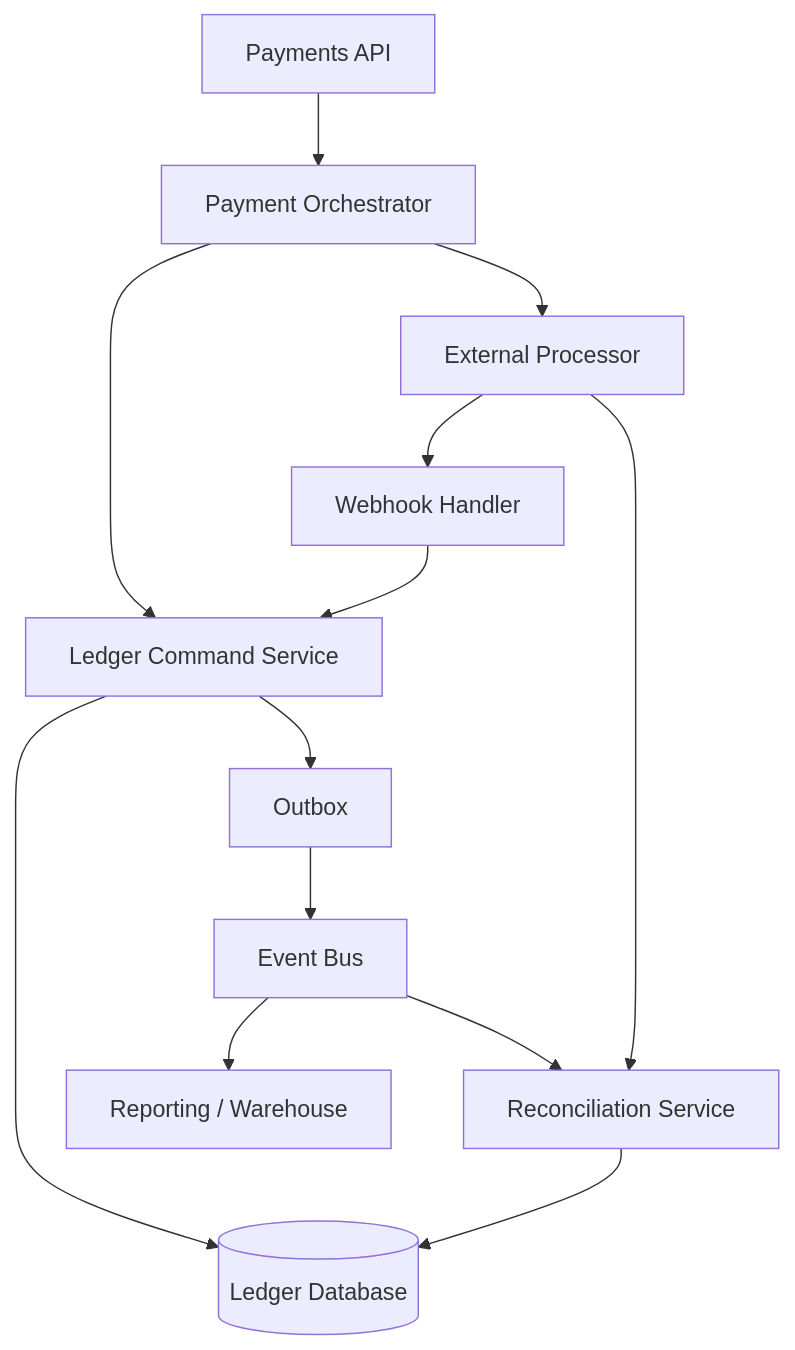
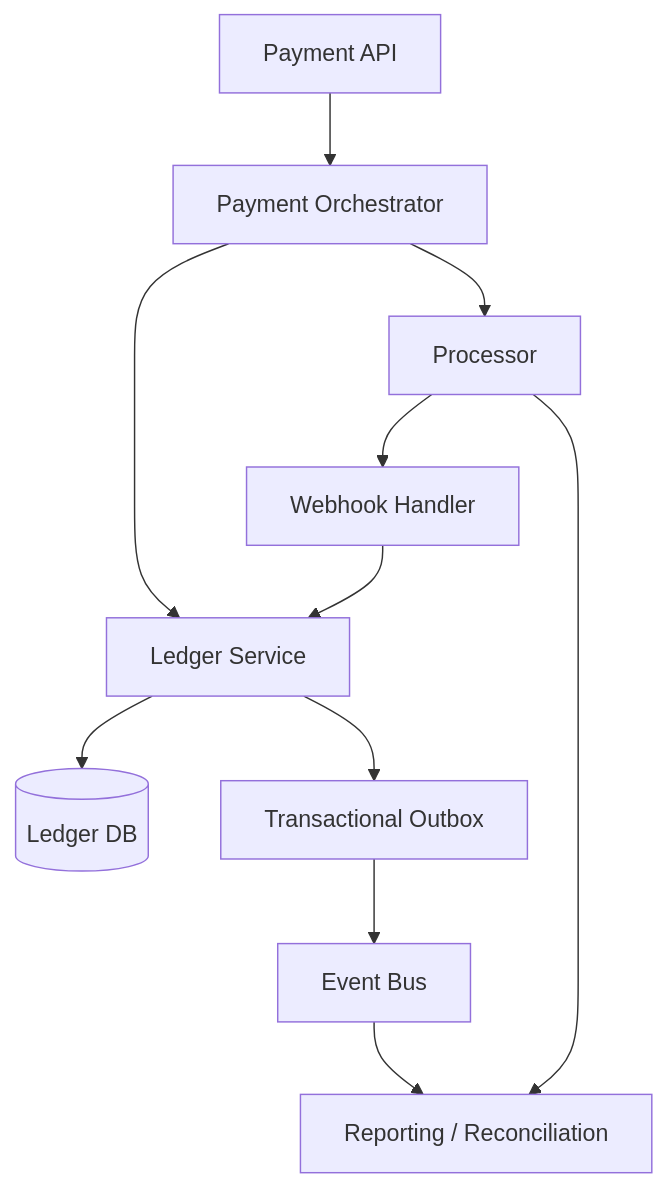
One commit to AvadhBhalodiya/Interview-Preparation changed the sixth of 6 diagrams in src/content/payments/double-entry-ledger.md. Above: the diagram before and after it, drawn with Mermaid. The commit also changed other lines of this file and 54 other files, not shown here.

````diff
--- a/src/content/payments/double-entry-ledger.md
+++ b/src/content/payments/double-entry-ledger.md
@@ -1171,26 +847,13 @@
 ```mermaid
 flowchart TB
-    API[Payments API]
-    PAY[Payment Orchestrator]
-    PROC[External Processor]
-    WH[Webhook Handler]
-    CMD[Ledger Command Service]
-    DB[(Ledger Database)]
-    OUT[Outbox]
-    BUS[Event Bus]
-    REC[Reconciliation Service]
-    REP[Reporting / Warehouse]
-
-    API --> PAY
-    PAY --> PROC
-    PROC --> WH
-    PAY --> CMD
-    WH --> CMD
-    CMD --> DB
-    CMD --> OUT
-    OUT --> BUS
-    BUS --> REC
-    BUS --> REP
-    PROC --> REC
-    REC --> DB
+    API[Payment API] --> P[Payment Orchestrator]
+    P --> PROC[Processor]
+    PROC --> WH[Webhook Handler]
+    P --> L[Ledger Service]
+    WH --> L
+    L --> DB[(Ledger DB)]
+    L --> O[Transactional Outbox]
+    O --> BUS[Event Bus]
+    BUS --> R[Reporting / Reconciliation]
+    PROC --> R
 ```
````
